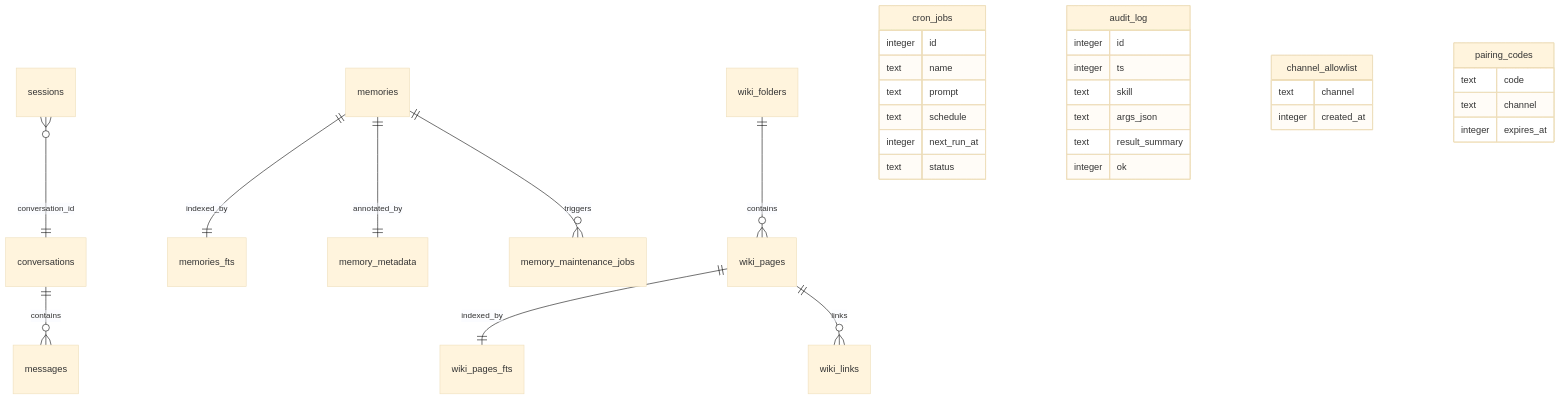
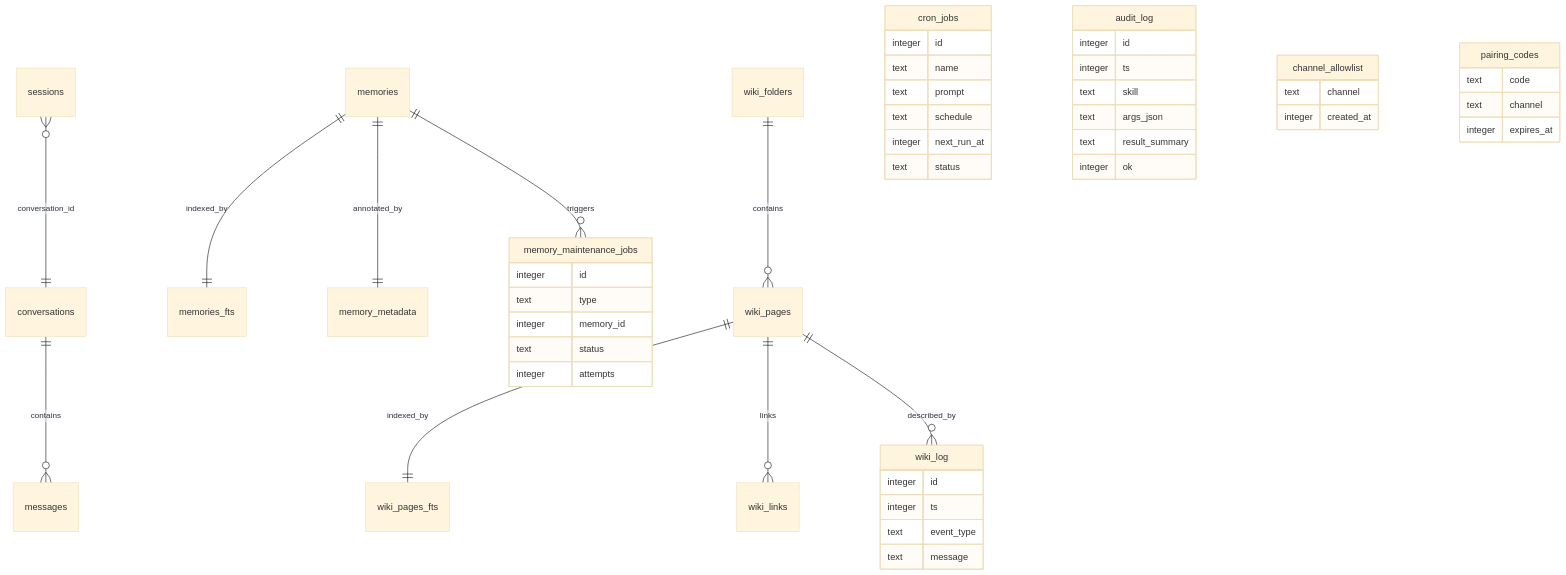
The sixth of 6 diagrams in docs/ARCHITECTURE.md (Crazy-Faust/miniclaw), drawn with Mermaid (base theme) before and after one commit. The commit also changed other lines of this file and 16 other files, not shown here.

````diff
--- a/docs/ARCHITECTURE.md
+++ b/docs/ARCHITECTURE.md
@@ -204,36 +243,50 @@
 ```mermaid
 erDiagram
   conversations ||--o{ messages : contains
   sessions }o--|| conversations : "conversation_id"
   memories ||--|| memories_fts : indexed_by
   memories ||--|| memory_metadata : annotated_by
   memories ||--o{ memory_maintenance_jobs : triggers
   wiki_folders ||--o{ wiki_pages : contains
   wiki_pages ||--|| wiki_pages_fts : indexed_by
   wiki_pages ||--o{ wiki_links : links
+  wiki_pages ||--o{ wiki_log : described_by
+  memory_maintenance_jobs {
+    integer id
+    text type
+    integer memory_id
+    text status
+    integer attempts
+  }
+  wiki_log {
+    integer id
+    integer ts
+    text event_type
+    text message
+  }
   cron_jobs {
     integer id
     text name
     text prompt
     text schedule
     integer next_run_at
     text status
   }
   audit_log {
     integer id
     integer ts
     text skill
     text args_json
     text result_summary
     integer ok
   }
   channel_allowlist {
     text channel
     integer created_at
   }
   pairing_codes {
     text code
     text channel
     integer expires_at
   }
 ```
````
